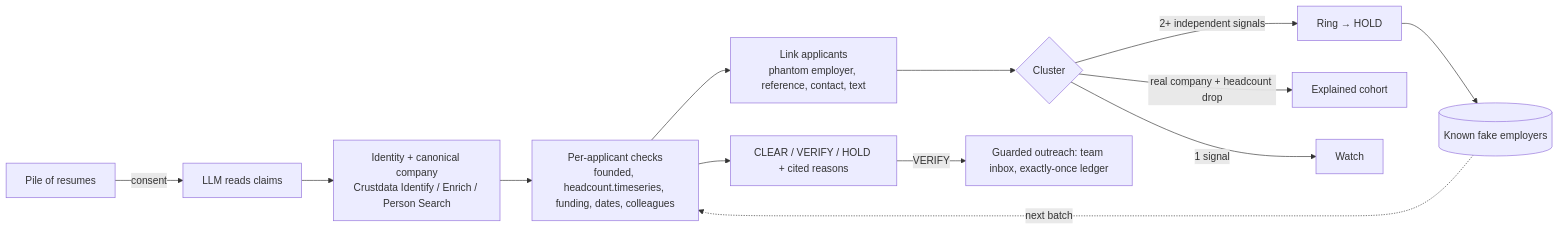
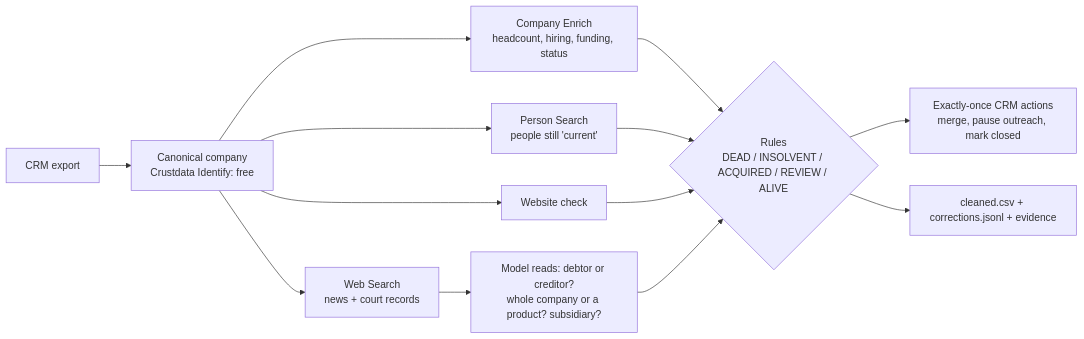
The diagram in README.md (parafoxxx/Contextcon), drawn with Mermaid before and after one commit. The commit also changed other lines of this file, not shown here.

Commit message:
README for Pulse: real findings, rules, hardest cases, approaches tried

````diff
--- a/README.md
+++ b/README.md
@@ -97,15 +74,12 @@
 ```mermaid
 flowchart LR
-  P[Pile of resumes] -->|consent| X[LLM reads claims]
-  X --> I[Identity + canonical company<br/>Crustdata Identify / Enrich / Person Search]
-  I --> K[Per-applicant checks<br/>founded, headcount.timeseries, funding, dates, colleagues]
-  K --> L[Link applicants<br/>phantom employer, reference, contact, text]
-  L --> C{Cluster}
-  C -->|2+ independent signals| R[Ring → HOLD]
-  C -->|real company + headcount drop| H[Explained cohort]
-  C -->|1 signal| W[Watch]
-  K --> D[CLEAR / VERIFY / HOLD + cited reasons]
-  R --> M[(Known fake employers)]
-  M -.next batch.-> K
-  D -->|VERIFY| O[Guarded outreach: team inbox, exactly-once ledger]
+  CSV[CRM export] --> R[Canonical company<br/>Crustdata Identify: free]
+  R --> E1[Company Enrich<br/>headcount, hiring, funding, status]
+  R --> E2[Person Search<br/>people still 'current']
+  R --> E3[Web Search<br/>news + court records]
+  R --> E4[Website check]
+  E3 --> M[Model reads: debtor or creditor?<br/>whole company or a product? subsidiary?]
+  E1 & E2 & E4 & M --> D{Rules<br/>DEAD / INSOLVENT / ACQUIRED / REVIEW / ALIVE}
+  D --> A[Exactly-once CRM actions<br/>merge, pause outreach, mark closed]
+  D --> O[cleaned.csv + corrections.jsonl + evidence]
 ```
````
